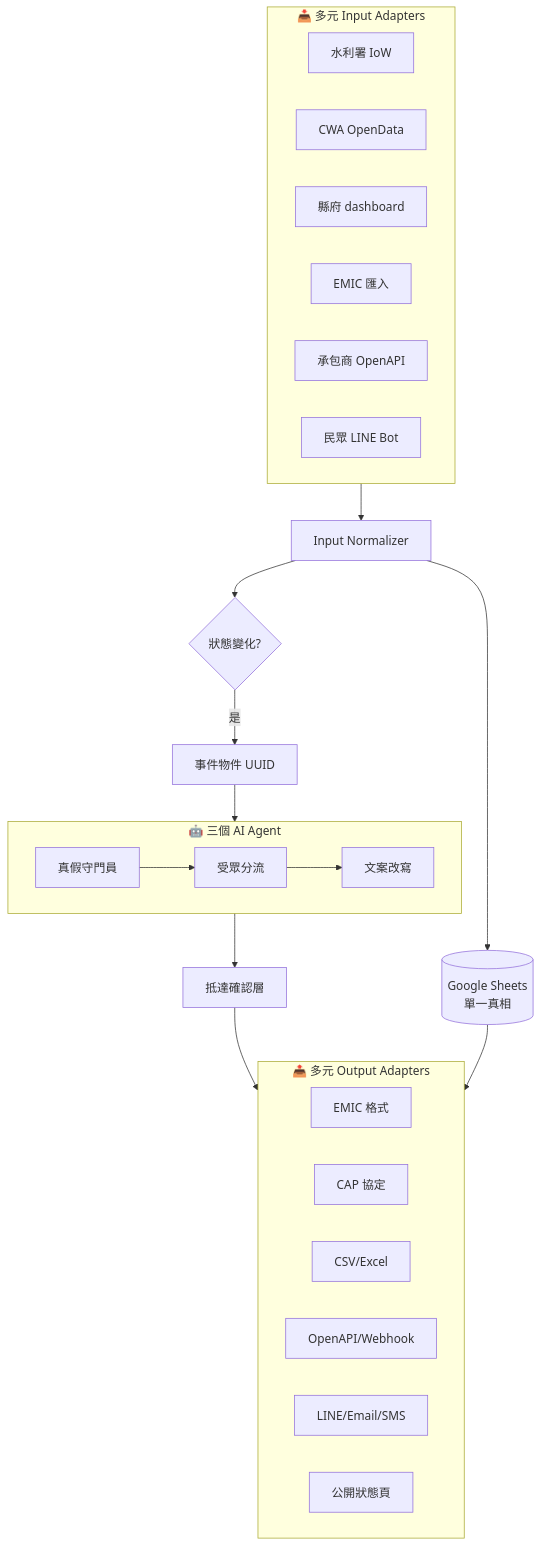
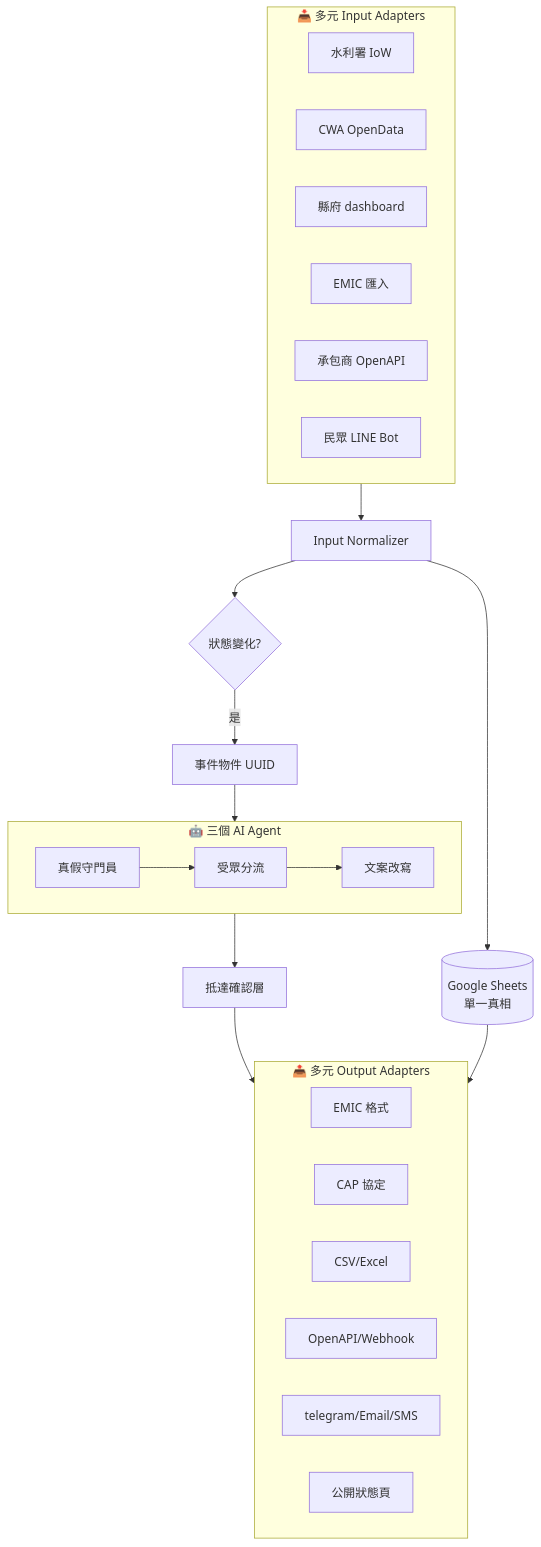
One commit to tammiechopper/brightpipe- changed the diagram in README.md. Above: the diagram before and after it, drawn with Mermaid. The commit also changed other lines of this file, not shown here.

````diff
--- a/README.md
+++ b/README.md
@@ -122,35 +122,35 @@
 ```mermaid
 flowchart TD
     subgraph IN[📥 多元 Input Adapters]
         A1[水利署 IoW]
         A2[CWA OpenData]
         A3[縣府 dashboard]
         A4[EMIC 匯入]
         A5[承包商 OpenAPI]
         A6[民眾 LINE Bot]
     end
 
     IN --> N[Input Normalizer]
     N --> D[(Google Sheets<br/>單一真相)]
     N --> SC{狀態變化?}
     SC -->|是| EO[事件物件 UUID]
     EO --> AI
 
     subgraph AI[🤖 三個 AI Agent]
         AI1[真假守門員] --> AI2[受眾分流] --> AI3[文案改寫]
     end
 
     AI --> DEL[抵達確認層]
 
     subgraph OUT[📤 多元 Output Adapters]
         O1[EMIC 格式]
         O2[CAP 協定]
         O3[CSV/Excel]
         O4[OpenAPI/Webhook]
-        O5[LINE/Email/SMS]
+        O5[telegram/Email/SMS]
         O6[公開狀態頁]
     end
 
     DEL --> OUT
     D --> OUT
 ```
````
